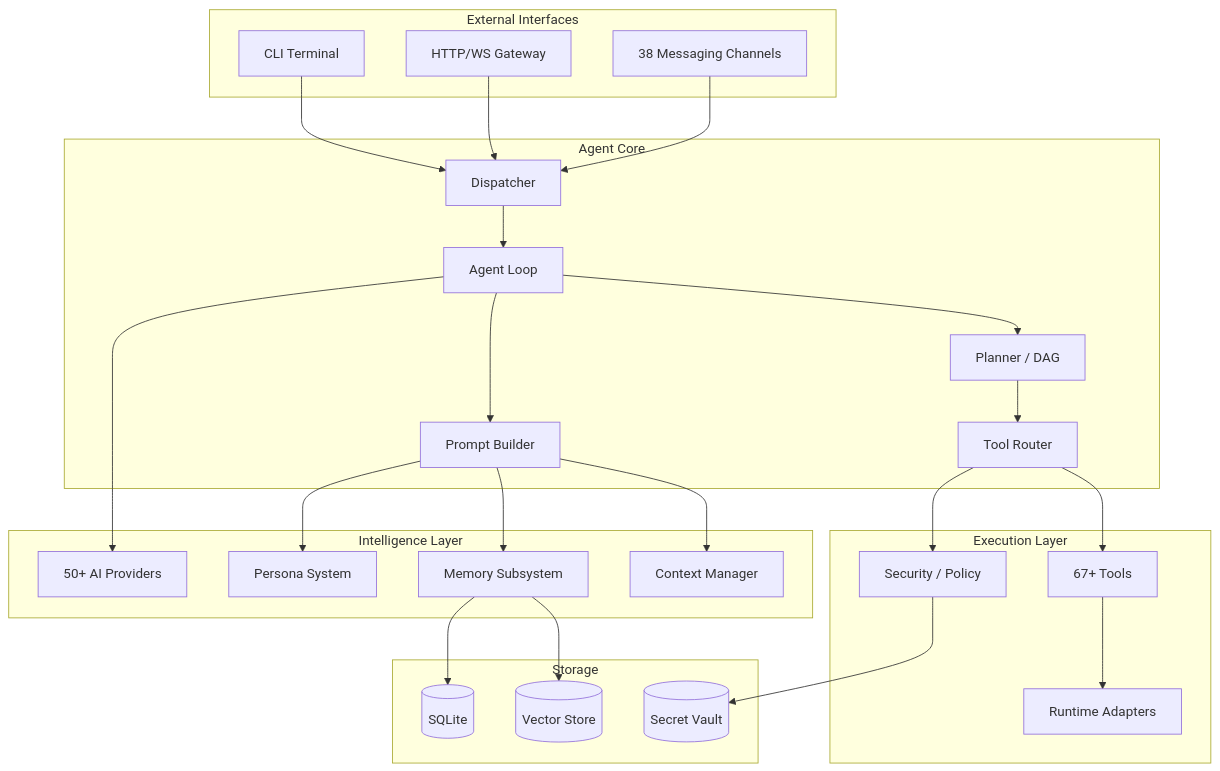
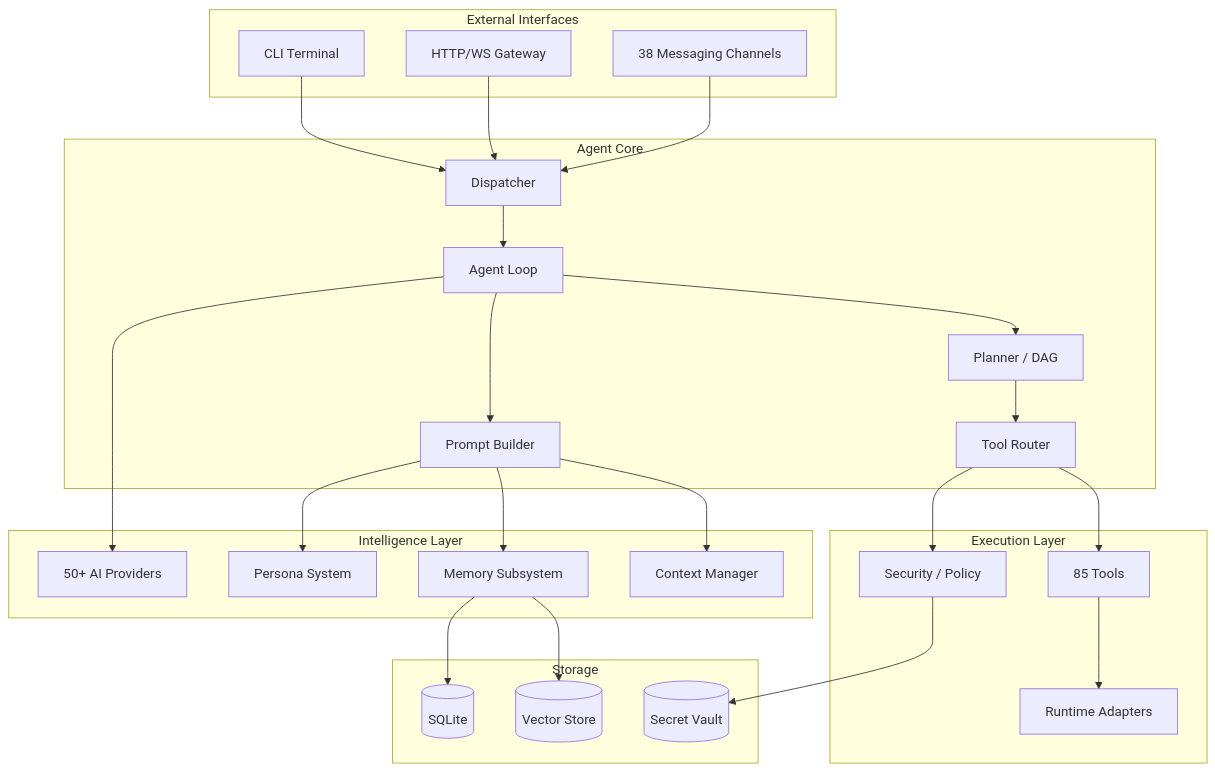
Before and after one commit to sethdford/seaclaw: the first of 3 diagrams in ARCHITECTURE.md, drawn with Mermaid. The commit also changed other lines of this file and 50 other files, not shown here.

````diff
--- a/ARCHITECTURE.md
+++ b/ARCHITECTURE.md
@@ -7,57 +7,57 @@
 ```mermaid
 graph TB
     subgraph external [External Interfaces]
         CLI[CLI Terminal]
         Gateway[HTTP/WS Gateway]
         Channels[38 Messaging Channels]
     end
 
     subgraph core [Agent Core]
         Dispatcher[Dispatcher]
         AgentLoop[Agent Loop]
         Planner[Planner / DAG]
         ToolRouter[Tool Router]
         PromptBuilder[Prompt Builder]
     end
 
     subgraph intelligence [Intelligence Layer]
         Providers[50+ AI Providers]
         Persona[Persona System]
         Memory[Memory Subsystem]
         Context[Context Manager]
     end
 
     subgraph execution [Execution Layer]
-        Tools[67+ Tools]
+        Tools[85 Tools]
         Runtime[Runtime Adapters]
         Security[Security / Policy]
     end
 
     subgraph storage [Storage]
         SQLite[(SQLite)]
         VectorStore[(Vector Store)]
         SecretVault[(Secret Vault)]
     end
 
     CLI --> Dispatcher
     Gateway --> Dispatcher
     Channels --> Dispatcher
 
     Dispatcher --> AgentLoop
     AgentLoop --> Planner
     AgentLoop --> PromptBuilder
     Planner --> ToolRouter
 
     PromptBuilder --> Persona
     PromptBuilder --> Context
     PromptBuilder --> Memory
     AgentLoop --> Providers
 
     ToolRouter --> Security
     ToolRouter --> Tools
     Tools --> Runtime
 
     Memory --> SQLite
     Memory --> VectorStore
     Security --> SecretVault
 ```
````
